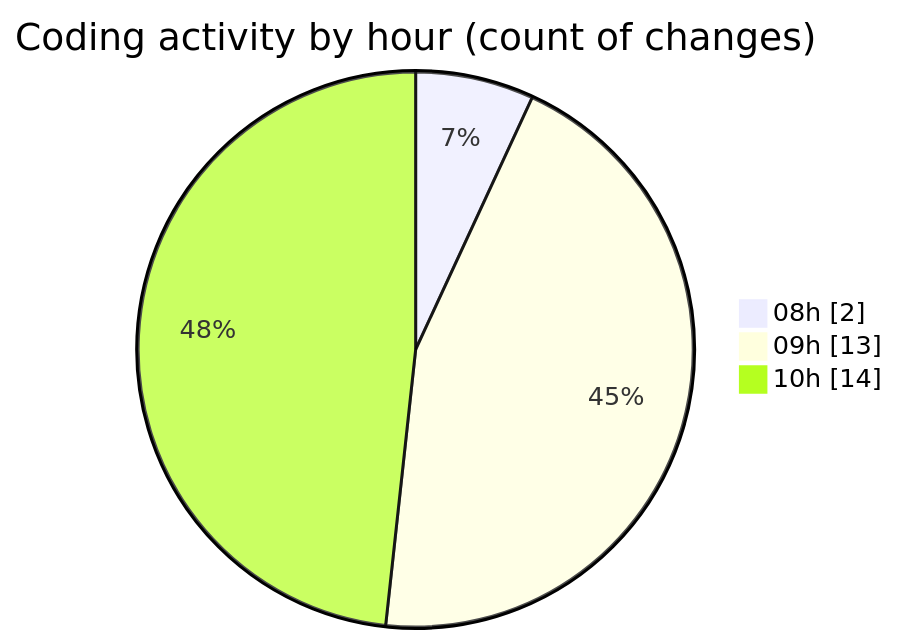
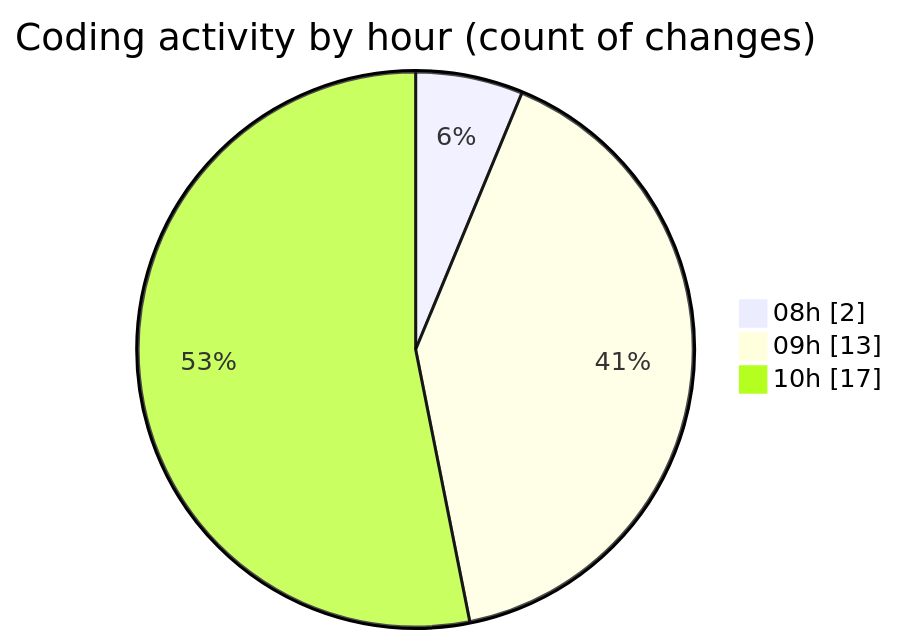
Before and after one commit to LanceThiago/code-tracking: the second of 2 diagrams in 2025-03-26/kml/README.md, drawn with Mermaid. The commit also changed other lines of this file and 1 other file, not shown here.

````diff
--- a/2025-03-26/kml/README.md
+++ b/2025-03-26/kml/README.md
@@ -32,7 +32,7 @@
 ```mermaid
 pie showData
 title Coding activity by hour (count of changes)
 "08h" : 2
 "09h" : 13
-"10h" : 14
+"10h" : 17
 ```
````
